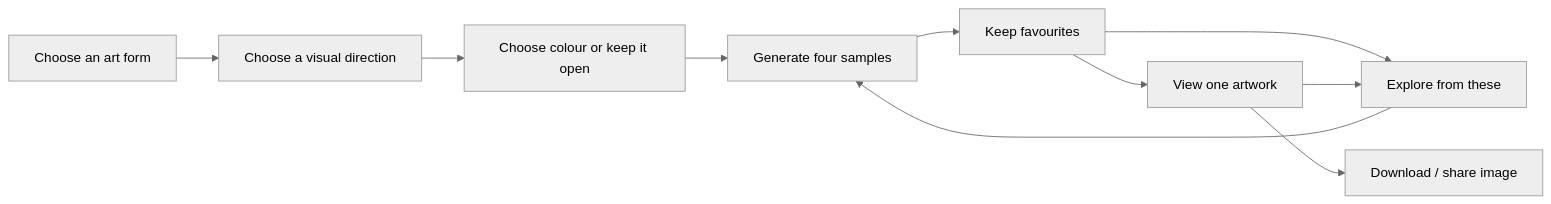
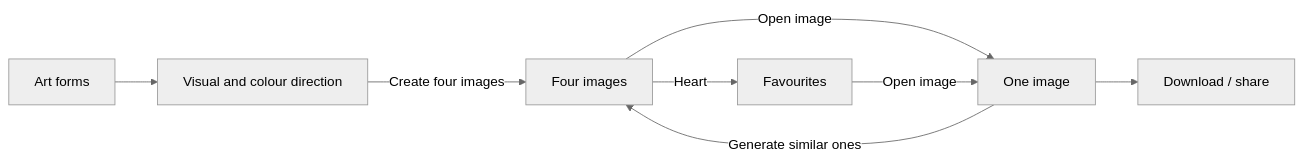
One commit to jaminalder/go-graphics changed the diagram in docs/web/product-and-ux.md. Above: the diagram before and after it, drawn with Mermaid (neutral theme). The commit also changed other lines of this file and 21 other files, not shown here.

Commit message:
Simplify exploration around four images and one-image actions

````diff
--- a/docs/web/product-and-ux.md
+++ b/docs/web/product-and-ux.md
@@ -18,12 +14,10 @@
 ```mermaid
 flowchart LR
-    A[Choose an art form] --> B[Choose a visual direction]
-    B --> C[Choose colour or keep it open]
-    C --> D[Generate four samples]
-    D --> E[Keep favourites]
-    E --> F[Explore from these]
-    F --> D
-    E --> G[View one artwork]
-    G --> H[Download / share image]
-    G --> F
+    A[Art forms] --> B[Visual and colour direction]
+    B -->|Create four images| C[Four images]
+    C -->|Open image| D[One image]
+    C -->|Heart| E[Favourites]
+    E -->|Open image| D
+    D --> F[Download / share]
+    D -->|Generate similar ones| C
 ```
````
